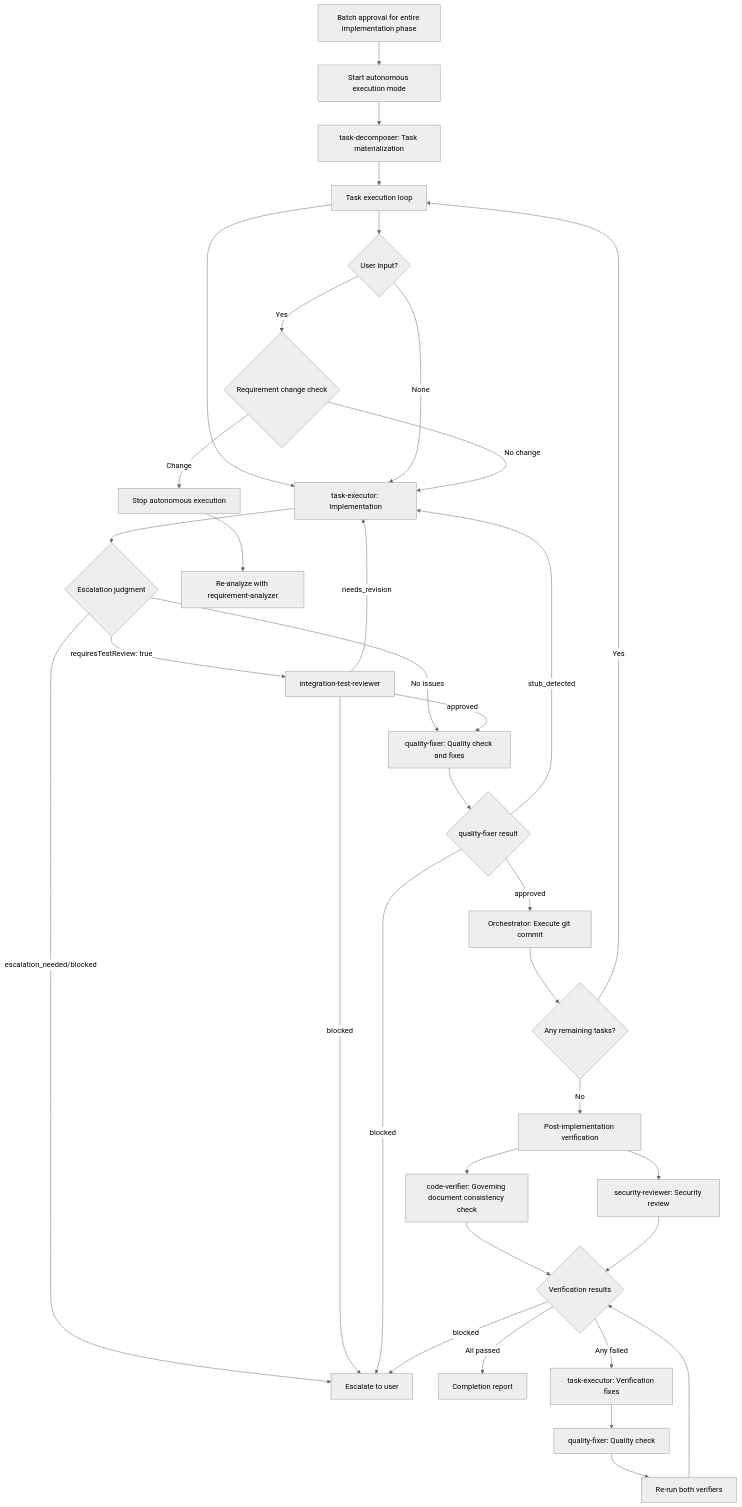
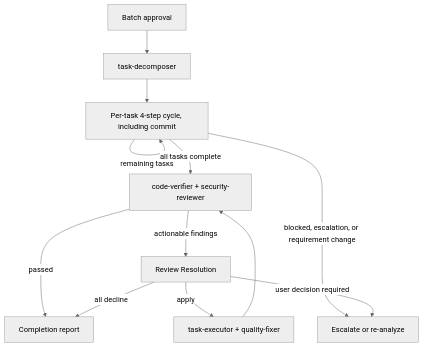
One commit to gabrielmoreira/agent-skills-mirror changed the diagram in mirrors/repos/shinpr@claude-code-workflows/dev-workflows-fullstack/skills/subagents-orchestration-guide/SKILL.md. Above: the diagram before and after it, drawn with Mermaid (neutral theme). The commit also changed other lines of this file and 1935 other files, not shown here.

````diff
--- a/mirrors/repos/shinpr@claude-code-workflows/dev-workflows-fullstack/skills/subagents-orchestration-guide/SKILL.md
+++ b/mirrors/repos/shinpr@claude-code-workflows/dev-workflows-fullstack/skills/subagents-orchestration-guide/SKILL.md
@@ -250,38 +189,14 @@
 ```mermaid
 graph TD
-    START[Batch approval for entire implementation phase] --> AUTO[Start autonomous execution mode]
-    AUTO --> TD[task-decomposer: Task materialization]
-    TD --> LOOP[Task execution loop]
-    LOOP --> TE[task-executor: Implementation]
-    TE --> ESCJUDGE{Escalation judgment}
-    ESCJUDGE -->|escalation_needed/blocked| USERESC[Escalate to user]
-    ESCJUDGE -->|requiresTestReview: true| ITR[integration-test-reviewer]
-    ESCJUDGE -->|No issues| QF
-    ITR -->|needs_revision| TE
-    ITR -->|approved| QF
-    ITR -->|blocked| USERESC
-    QF[quality-fixer: Quality check and fixes] --> QFJUDGE{quality-fixer result}
-    QFJUDGE -->|stub_detected| TE
-    QFJUDGE -->|approved| COMMIT[Orchestrator: Execute git commit]
-    QFJUDGE -->|blocked| USERESC
-    COMMIT --> CHECK{Any remaining tasks?}
-    CHECK -->|Yes| LOOP
-    CHECK -->|No| VERIFY[Post-implementation verification]
-    VERIFY --> CV[code-verifier: Governing document consistency check]
-    VERIFY --> SEC[security-reviewer: Security review]
-    CV --> VRESULT{Verification results}
-    SEC --> VRESULT
-    VRESULT -->|All passed| REPORT[Completion report]
-    VRESULT -->|Any failed| VFIX[task-executor: Verification fixes]
-    VFIX --> QF2[quality-fixer: Quality check]
-    QF2 --> REVERIFY[Re-run both verifiers]
-    REVERIFY --> VRESULT
-    VRESULT -->|blocked| USERESC
-
-    LOOP --> INTERRUPT{User input?}
-    INTERRUPT -->|None| TE
-    INTERRUPT -->|Yes| REQCHECK{Requirement change check}
-    REQCHECK -->|No change| TE
-    REQCHECK -->|Change| STOP[Stop autonomous execution]
-    STOP --> RA[Re-analyze with requirement-analyzer]
+    START[Batch approval] --> TD[task-decomposer]
+    TD --> CYCLE[Per-task 4-step cycle, including commit]
+    CYCLE -->|remaining tasks| CYCLE
+    CYCLE -->|all tasks complete| VERIFY[code-verifier + security-reviewer]
+    CYCLE -->|blocked, escalation, or requirement change| USER[Escalate or re-analyze]
+    VERIFY -->|passed| REPORT[Completion report]
+    VERIFY -->|actionable findings| RR[Review Resolution]
+    RR -->|apply| FIX[task-executor + quality-fixer]
+    FIX --> VERIFY
+    RR -->|all decline| REPORT
+    RR -->|user decision required| USER
 ```
````
